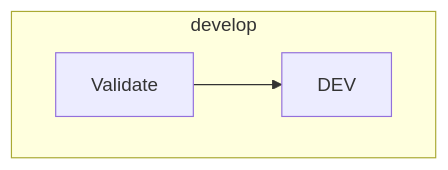
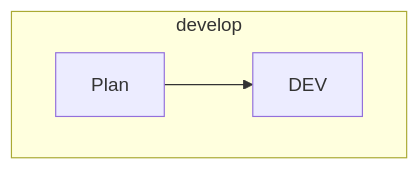
Before and after one commit to qlap04/KRT-run-infra: the second of 3 diagrams in docs/SETUP_vi.md, drawn with Mermaid. The commit also changed other lines of this file and 6 other files, not shown here.

````diff
--- a/docs/SETUP_vi.md
+++ b/docs/SETUP_vi.md
@@ -59,6 +59,6 @@
 ```mermaid
 flowchart TD
   subgraph develop
-    D1[Validate] --> D2[DEV]
+    D1[Plan] --> D2[DEV]
   end
 ```
````
